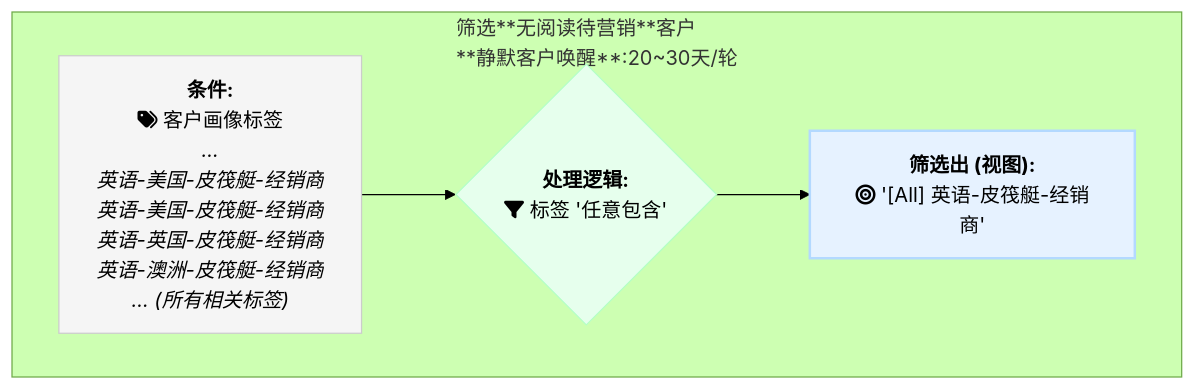
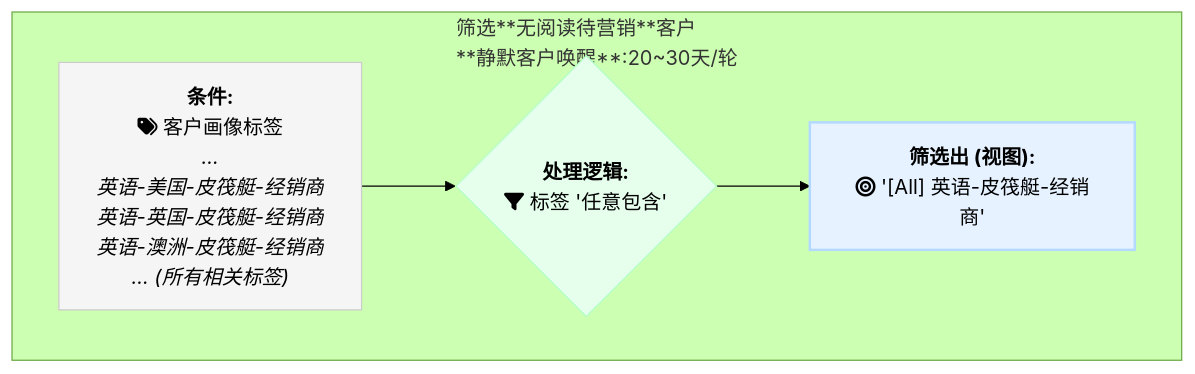
The seventh of 12 diagrams in docs/zhinan/customer-management-section.md (suxuemi/laifaxin), drawn with Mermaid (forest theme) before and after one commit. The commit also changed other lines of this file and 1 other file, not shown here.

````diff
--- a/docs/zhinan/customer-management-section.md
+++ b/docs/zhinan/customer-management-section.md
@@ -350,13 +323,13 @@
 ```mermaid
 graph LR
     subgraph "筛选**无阅读待营销**客户<br>**静默客户唤醒**:20~30天/轮"
         direction LR  // <-- 关键在于在这里添加方向指令！
 
-        A["<b>条件:</b><br>fa:fa-tags 客户画像标签<br><i>... <br>英语-美国-皮筏艇-经销商</i><br><i>英语-美国-皮筏艇-经销商</i><br><i>英语-英国-皮筏艇-经销商</i><br><i>英语-澳洲-皮筏艇-经销商</i><br><i>... (所有相关标签)</i>"] --> B{"<b>处理逻辑:</b><br>fa:fa-filter 标签 '任意包含'"};
+        A["<b>条件:</b><br>fa:fa-tags 客户画像标签<br><i>... <br>英语-美国-皮筏艇-经销商</i><br><i>英语-英国-皮筏艇-经销商</i><br><i>英语-澳洲-皮筏艇-经销商</i><br><i>... (所有相关标签)</i>"] --> B{"<b>处理逻辑:</b><br>fa:fa-filter 标签 '任意包含'"};
         B --> C["<b>筛选出 (视图):</b><br>fa:fa-bullseye '[All] 英语-皮筏艇-经销商'"];
     end
 
     style A fill:#f5f5f5,stroke:#ccc
     style B fill:#e6ffed,stroke:#b3ffc6
     style C fill:#e6f2ff,stroke:#b3d9ff,stroke-width:2px
 ```
````
